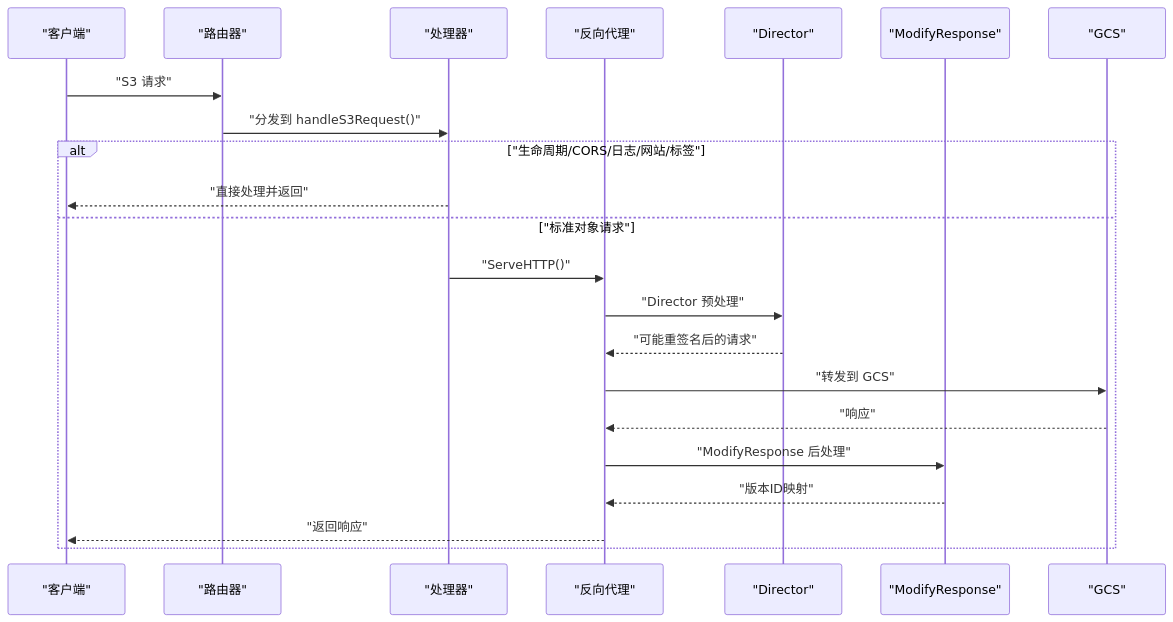
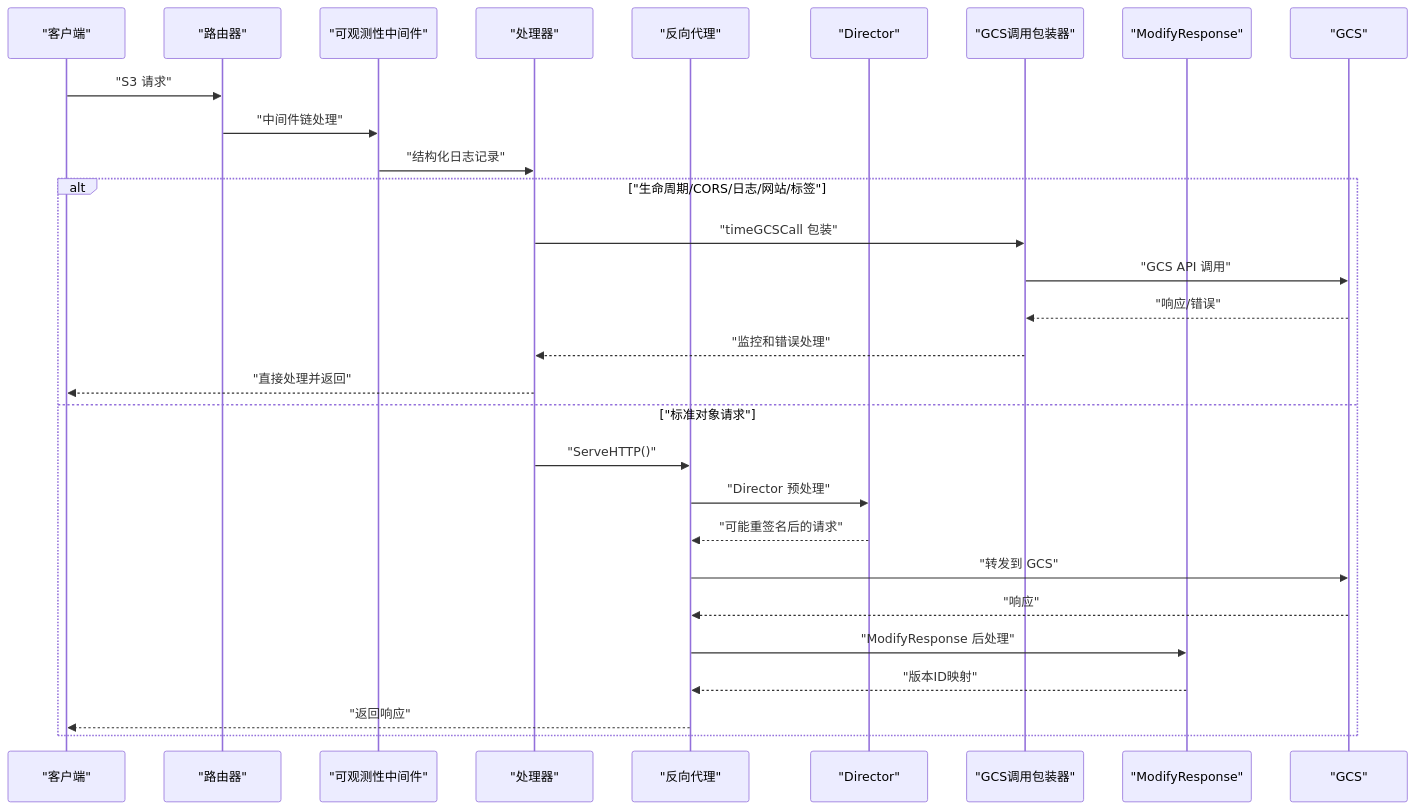
The second of 5 diagrams in .qoder/repowiki/zh/content/核心功能/反向代理核心.md (flying1574/S3Proxy4GCS), drawn with Mermaid before and after one commit. The commit also changed other lines of this file and 5 other files, not shown here.

````diff
--- a/.qoder/repowiki/zh/content/核心功能/反向代理核心.md
+++ b/.qoder/repowiki/zh/content/核心功能/反向代理核心.md
@@ -94,24 +117,31 @@
 ```mermaid
 sequenceDiagram
 participant C as "客户端"
 participant R as "路由器"
+participant OM as "可观测性中间件"
 participant H as "处理器"
 participant P as "反向代理"
 participant D as "Director"
+participant TC as "GCS调用包装器"
 participant M as "ModifyResponse"
 participant G as "GCS"
 C->>R : "S3 请求"
-R->>H : "分发到 handleS3Request()"
+R->>OM : "中间件链处理"
+OM->>H : "结构化日志记录"
 alt "生命周期/CORS/日志/网站/标签"
+H->>TC : "timeGCSCall 包装"
+TC->>G : "GCS API 调用"
+G-->>TC : "响应/错误"
+TC-->>H : "监控和错误处理"
 H-->>C : "直接处理并返回"
 else "标准对象请求"
 H->>P : "ServeHTTP()"
 P->>D : "Director 预处理"
 D-->>P : "可能重签名后的请求"
 P->>G : "转发到 GCS"
 G-->>P : "响应"
 P->>M : "ModifyResponse 后处理"
 M-->>P : "版本ID映射"
 P-->>C : "返回响应"
 end
 ```
````
